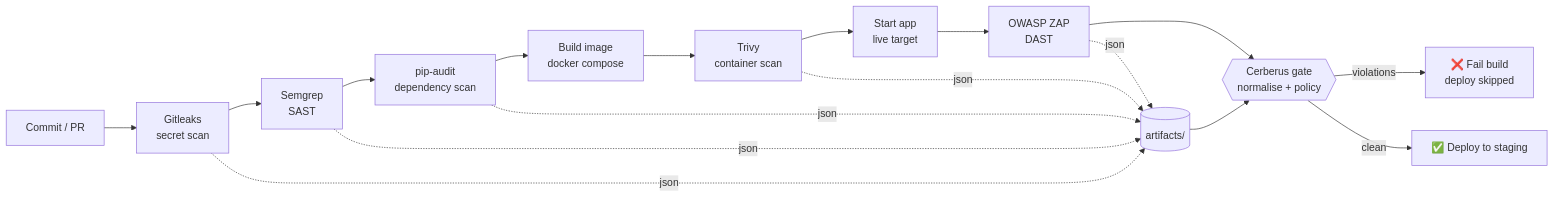
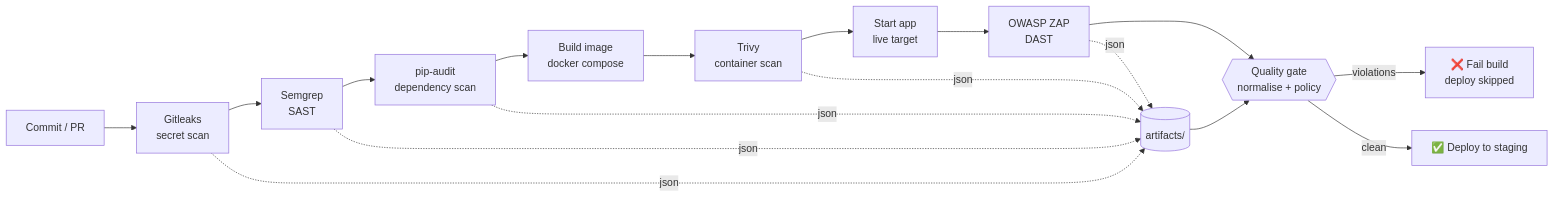
The diagram in README.md (harshitp1971/secure-ci-pipeline), drawn with Mermaid before and after one commit. The commit also changed other lines of this file and 8 other files, not shown here.

````diff
--- a/README.md
+++ b/README.md
@@ -102,20 +102,20 @@
 ```mermaid
 flowchart LR
     A[Commit / PR] --> B[Gitleaks<br/>secret scan]
     B --> C[Semgrep<br/>SAST]
     C --> D[pip-audit<br/>dependency scan]
     D --> E[Build image<br/>docker compose]
     E --> F[Trivy<br/>container scan]
     F --> G[Start app<br/>live target]
     G --> H[OWASP ZAP<br/>DAST]
-    H --> I{{Cerberus gate<br/>normalise + policy}}
+    H --> I{{Quality gate<br/>normalise + policy}}
     I -->|violations| J[❌ Fail build<br/>deploy skipped]
     I -->|clean| K[✅ Deploy to staging]
 
     B -.json.-> Z[(artifacts/)]
     C -.json.-> Z
     D -.json.-> Z
     F -.json.-> Z
     H -.json.-> Z
     Z --> I
 ```
````
